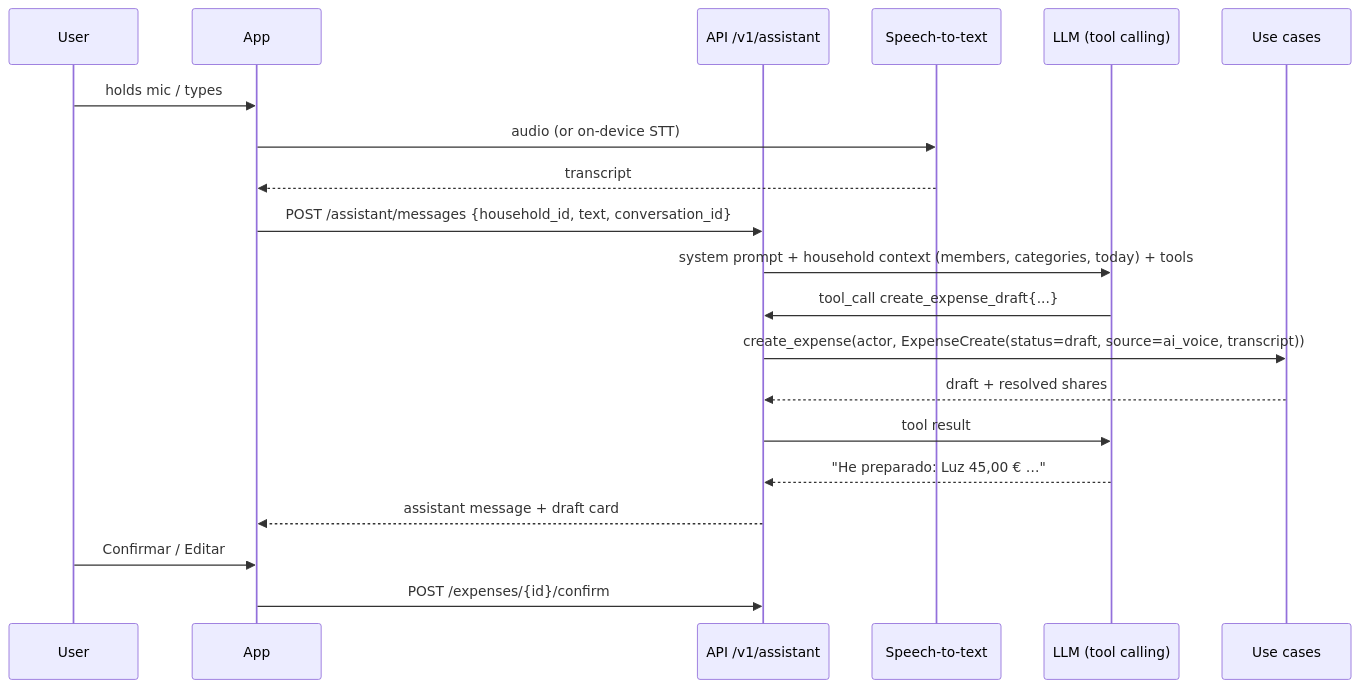
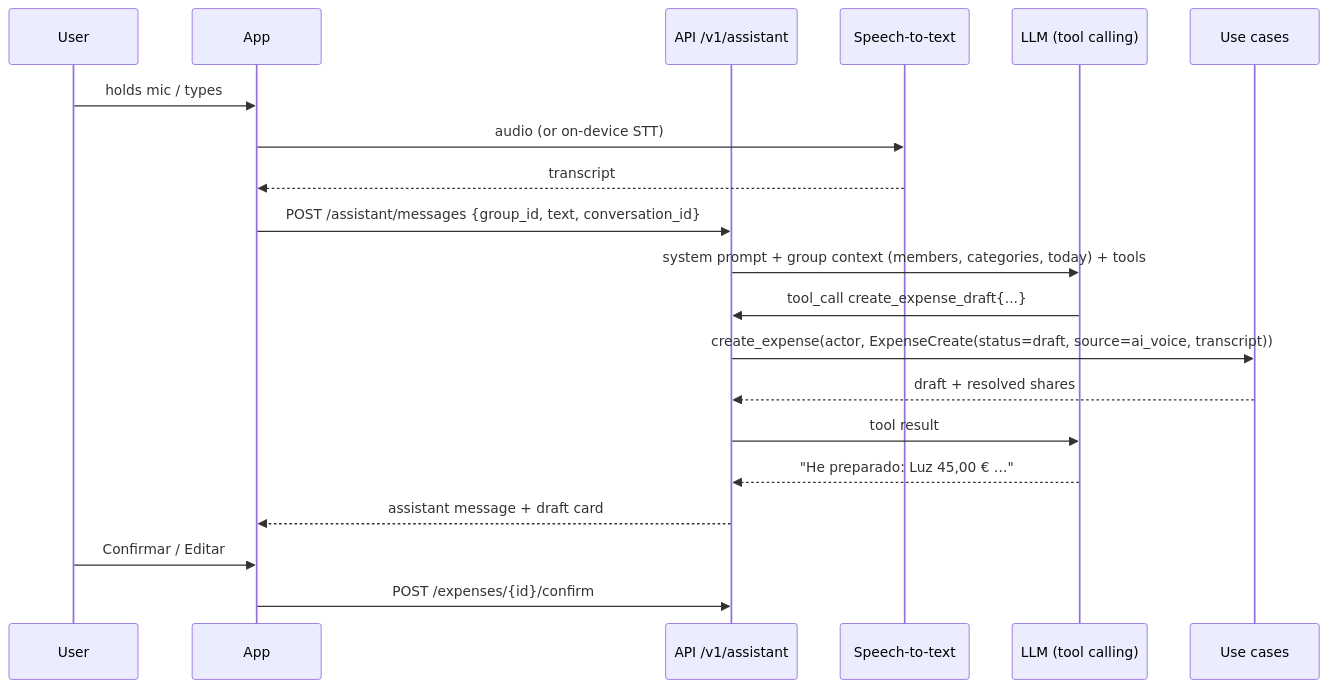
Before and after one commit to Frankovg/split-ranch: the diagram in docs/07-future-ai.md, drawn with Mermaid. The commit also changed other lines of this file and 104 other files, not shown here.

````diff
--- a/docs/07-future-ai.md
+++ b/docs/07-future-ai.md
@@ -20,22 +20,22 @@
 ```mermaid
 sequenceDiagram
   participant U as User
   participant A as App
   participant API as API /v1/assistant
   participant STT as Speech-to-text
   participant LLM as LLM (tool calling)
   participant UC as Use cases
   U->>A: holds mic / types
   A->>STT: audio (or on-device STT)
   STT-->>A: transcript
-  A->>API: POST /assistant/messages {household_id, text, conversation_id}
-  API->>LLM: system prompt + household context (members, categories, today) + tools
+  A->>API: POST /assistant/messages {group_id, text, conversation_id}
+  API->>LLM: system prompt + group context (members, categories, today) + tools
   LLM->>API: tool_call create_expense_draft{...}
   API->>UC: create_expense(actor, ExpenseCreate(status=draft, source=ai_voice, transcript))
   UC-->>API: draft + resolved shares
   API->>LLM: tool result
   LLM-->>API: "He preparado: Luz 45,00 € …"
   API-->>A: assistant message + draft card
   U->>A: Confirmar / Editar
   A->>API: POST /expenses/{id}/confirm
 ```
````
